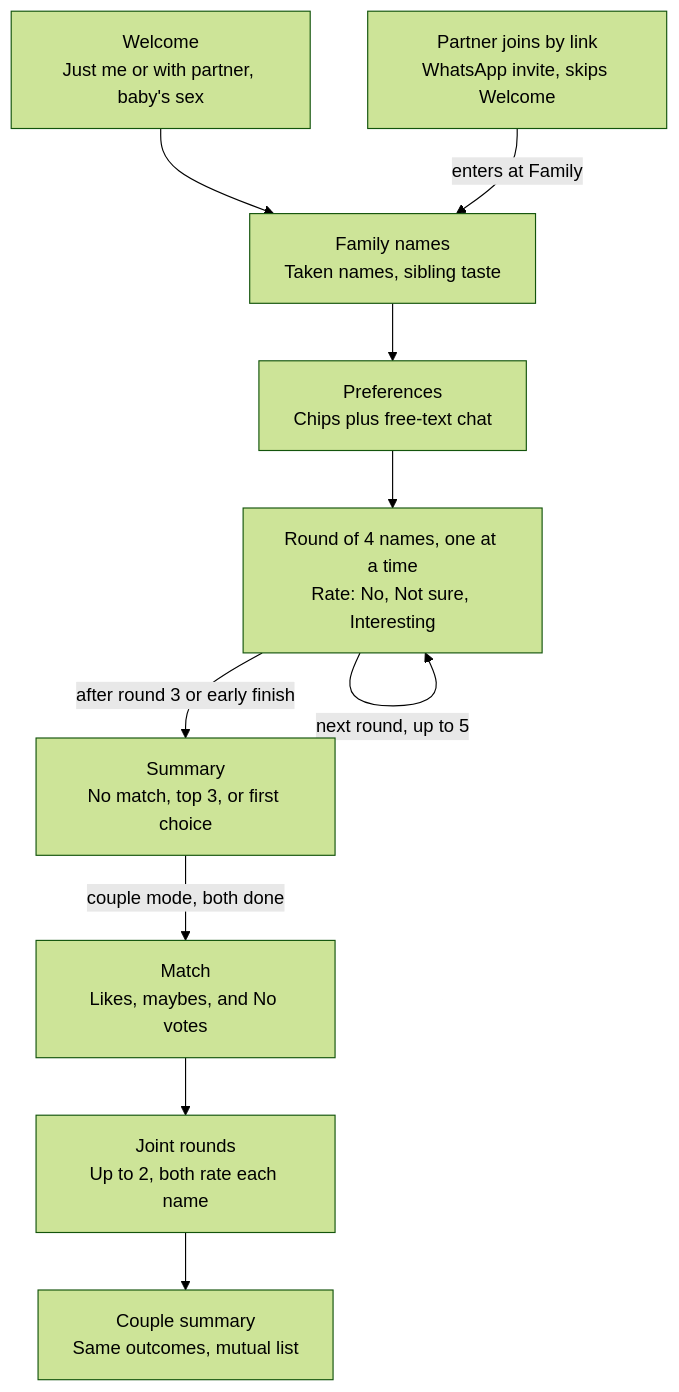
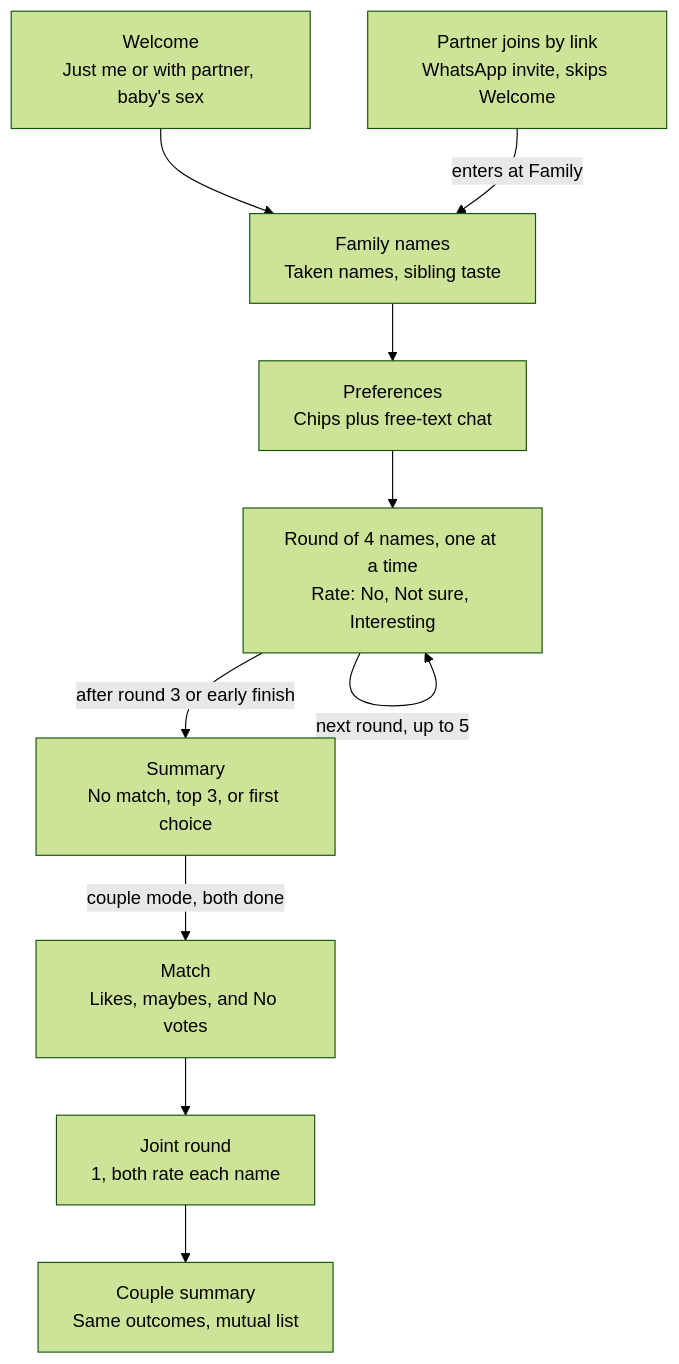
One commit to ShaharGotshtat/NamePlanner changed the diagram in docs/PRD.md. Above: the diagram before and after it, drawn with Mermaid (forest theme). The commit also changed other lines of this file, not shown here.

First line of the commit message:
PRD: fit two-parent mode to 3 rounds of 4 (2 own + 1 joint)

````diff
--- a/docs/PRD.md
+++ b/docs/PRD.md
@@ -73,12 +73,12 @@
 ```mermaid
 flowchart TD
     W["Welcome<br/>Just me or with partner, baby's sex"] --> F["Family names<br/>Taken names, sibling taste"]
     F --> P["Preferences<br/>Chips plus free-text chat"]
     P --> R["Round of 4 names, one at a time<br/>Rate: No, Not sure, Interesting"]
     R -- "next round, up to 5" --> R
     R -- "after round 3 or early finish" --> S["Summary<br/>No match, top 3, or first choice"]
     J["Partner joins by link<br/>WhatsApp invite, skips Welcome"] -- "enters at Family" --> F
     S -- "couple mode, both done" --> M["Match<br/>Likes, maybes, and No votes"]
-    M --> JR["Joint rounds<br/>Up to 2, both rate each name"]
+    M --> JR["Joint round<br/>1, both rate each name"]
     JR --> CS["Couple summary<br/>Same outcomes, mutual list"]
 ```
````
